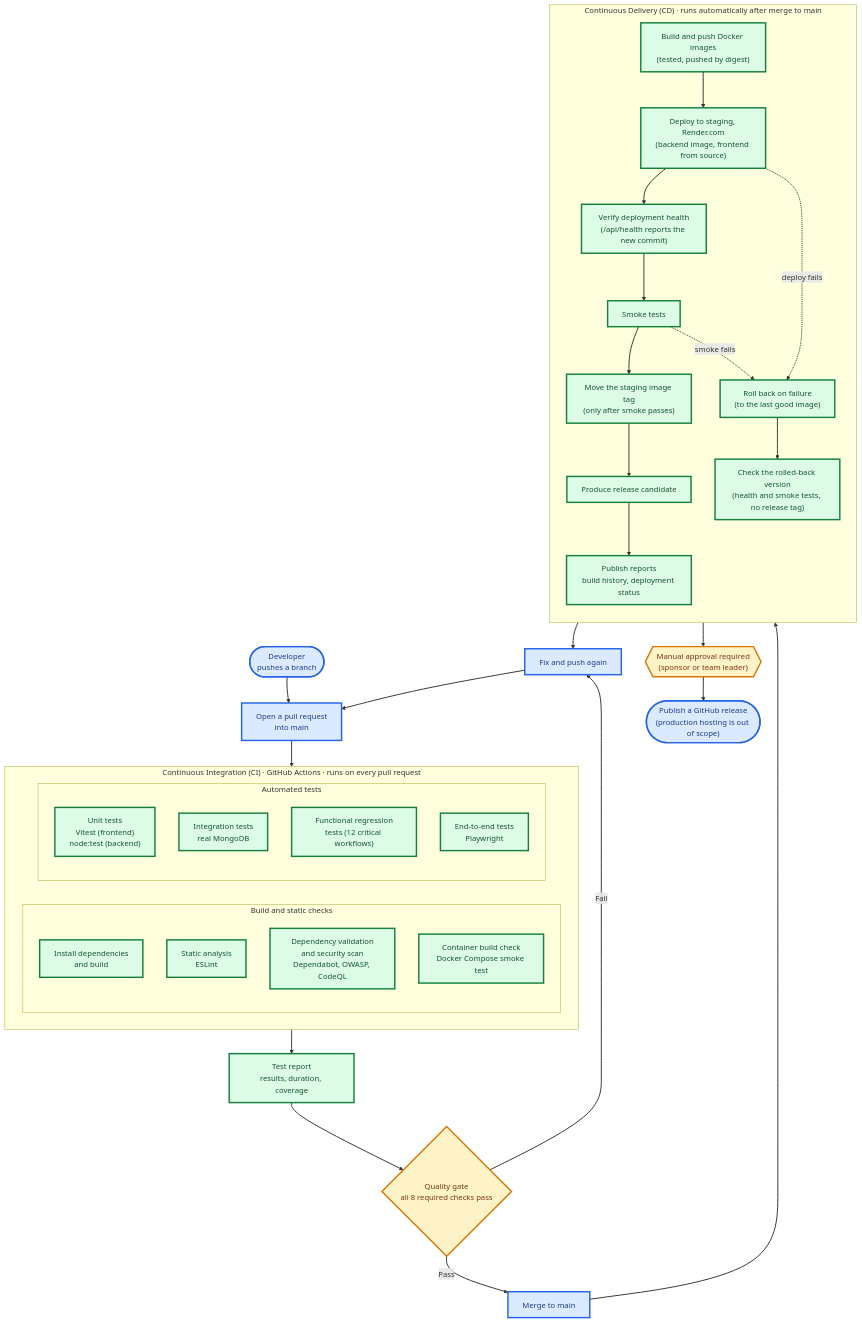
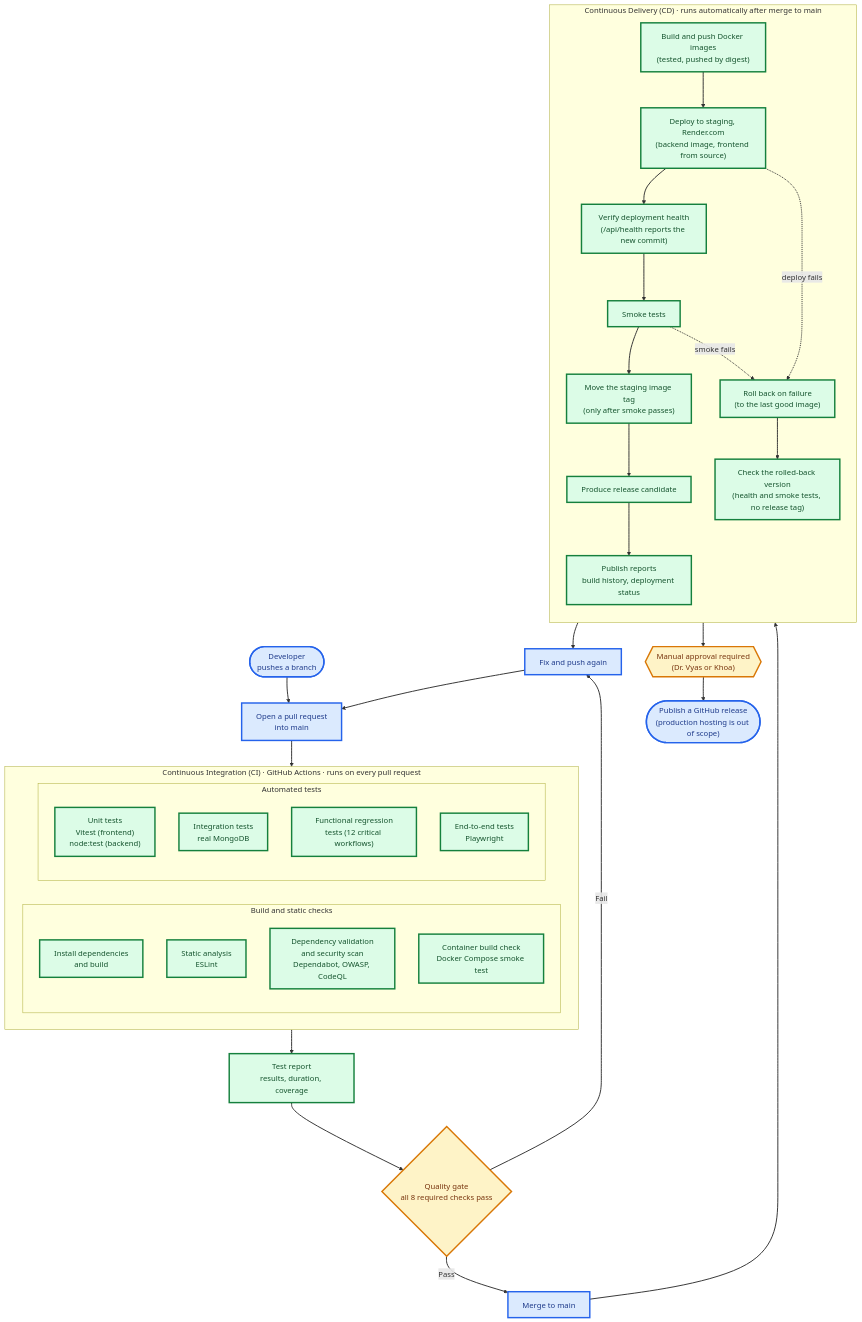
One commit to IT7993-FALL-2026-PEERS/ProjectPeerEvaluation changed the first of 4 diagrams in README.md. Above: the diagram before and after it, drawn with Mermaid. The commit also changed 2 other files, not shown here.

Commit message:
Document why staging has no required reviewers and fix stale CI details
The project plan asks for required reviewers on staging and production. Staging
deliberately has only a branch policy, because CD deploys it after every merge
and relies on the smoke tests and automatic rollback; cd-pipeline.md now says so.

Also: the ci.yml comment no longer calls the required Integration job
report-only, actionlint is pinned by digest like the other third-party code in
ci.yml, and the docs name the production reviewers (Dr. Vyas or Khoa) instead
of "the sponsor or the team leader".

Closes #290

````diff
--- a/README.md
+++ b/README.md
@@ -64,63 +64,63 @@
 ```mermaid
 flowchart TB
     DEV(["Developer<br/>pushes a branch"]) --> PR["Open a pull request<br/>into main"]
 
     subgraph CI["Continuous Integration (CI) · GitHub Actions · runs on every pull request"]
         direction LR
         subgraph STATIC["Build and static checks"]
             direction TB
             BUILD_APP["Install dependencies<br/>and build"]
             LINT["Static analysis<br/>ESLint"]
             SEC["Dependency validation<br/>and security scan<br/>Dependabot, OWASP, CodeQL"]
             DOCKER["Container build check<br/>Docker Compose smoke test"]
         end
         subgraph TESTS["Automated tests"]
             direction TB
             UNIT["Unit tests<br/>Vitest (frontend)<br/>node:test (backend)"]
             INTEG["Integration tests<br/>real MongoDB"]
             REG["Functional regression<br/>tests (12 critical workflows)"]
             E2E["End-to-end tests<br/>Playwright"]
         end
     end
 
     PR --> CI
     CI --> REPORT["Test report<br/>results, duration, coverage"]
     REPORT --> GATE{"Quality gate<br/>all 8 required checks pass"}
     GATE -- "Fail" --> FIX["Fix and push again"]
     FIX --> PR
     GATE -- "Pass" --> MERGE["Merge to main"]
 
     subgraph CD["Continuous Delivery (CD) · runs automatically after merge to main"]
         direction TB
         ARTIFACTS["Build and push Docker images<br/>(tested, pushed by digest)"]
         STG["Deploy to staging, Render.com<br/>(backend image, frontend from source)"]
         HEALTH["Verify deployment health<br/>(/api/health reports the new commit)"]
         SMOKE["Smoke tests"]
         TAG["Move the staging image tag<br/>(only after smoke passes)"]
         RC["Produce release candidate"]
         DREPORT["Publish reports<br/>build history, deployment status"]
         ROLLBACK["Roll back on failure<br/>(to the last good image)"]
         RBCHECK["Check the rolled-back version<br/>(health and smoke tests, no release tag)"]
         ARTIFACTS --> STG --> HEALTH --> SMOKE --> TAG --> RC --> DREPORT
         STG -. "deploy fails" .-> ROLLBACK
         SMOKE -. "smoke fails" .-> ROLLBACK
         ROLLBACK --> RBCHECK
     end
 
     RBCHECK --> FIX
 
     MERGE --> ARTIFACTS
-    DREPORT --> APPROVE{{"Manual approval required<br/>(sponsor or team leader)"}}
+    DREPORT --> APPROVE{{"Manual approval required<br/>(Dr. Vyas or Khoa)"}}
     APPROVE --> PROD(["Publish a GitHub release<br/>(production hosting is out of scope)"])
 
     classDef done fill:#dcfce7,stroke:#15803d,color:#14532d,stroke-width:3px
     classDef partial fill:#ecfccb,stroke:#4d7c0f,color:#365314,stroke-width:3px,stroke-dasharray: 9 6
     classDef planned fill:#f1f5f9,stroke:#475569,color:#334155,stroke-width:3px,stroke-dasharray: 9 6
     classDef gate fill:#fef3c7,stroke:#d97706,color:#78350f,stroke-width:3px
     classDef endpoint fill:#dbeafe,stroke:#2563eb,color:#1e3a8a,stroke-width:3px
     linkStyle default stroke-width:2px
 
     class BUILD_APP,LINT,SEC,DOCKER,UNIT,INTEG,REG,E2E,REPORT,ARTIFACTS,STG,SMOKE,HEALTH,TAG,RC,DREPORT,ROLLBACK,RBCHECK done
     class GATE,APPROVE gate
     class DEV,PROD,PR,MERGE,FIX endpoint
 ```
````
